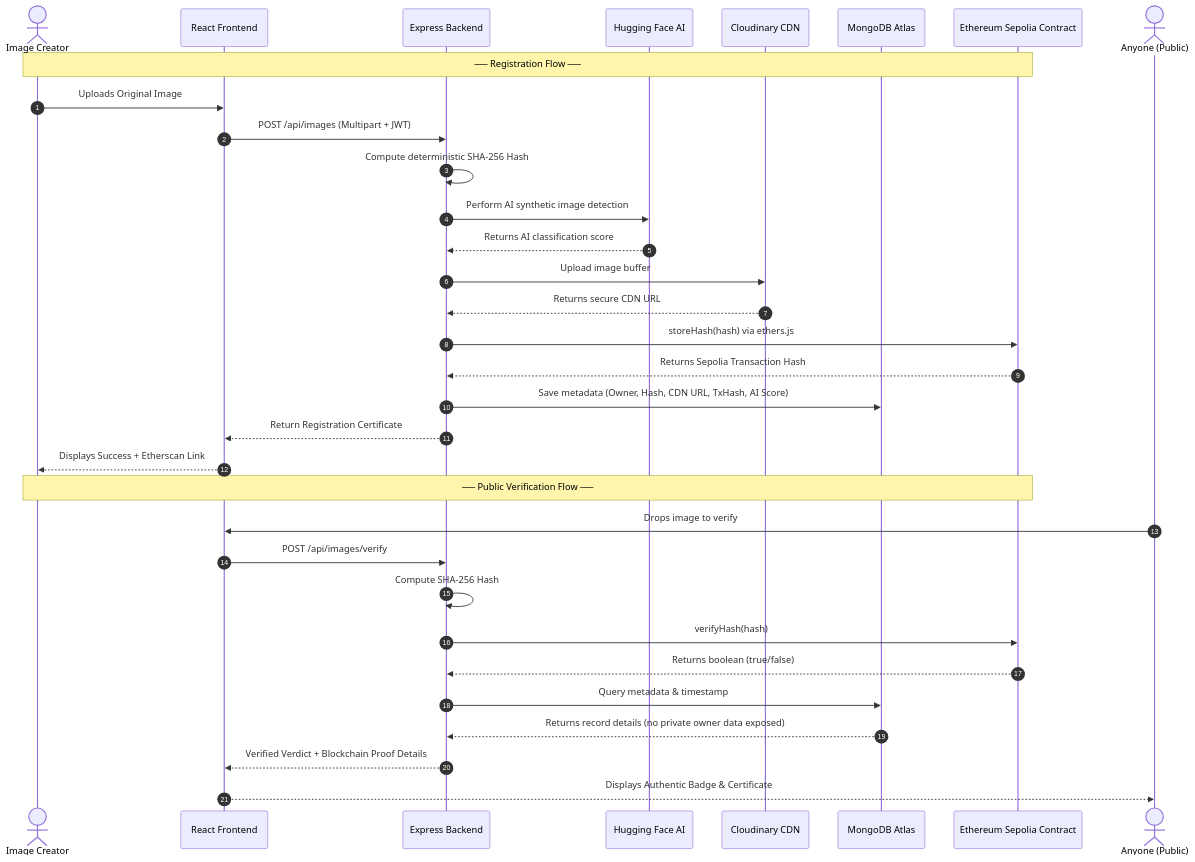
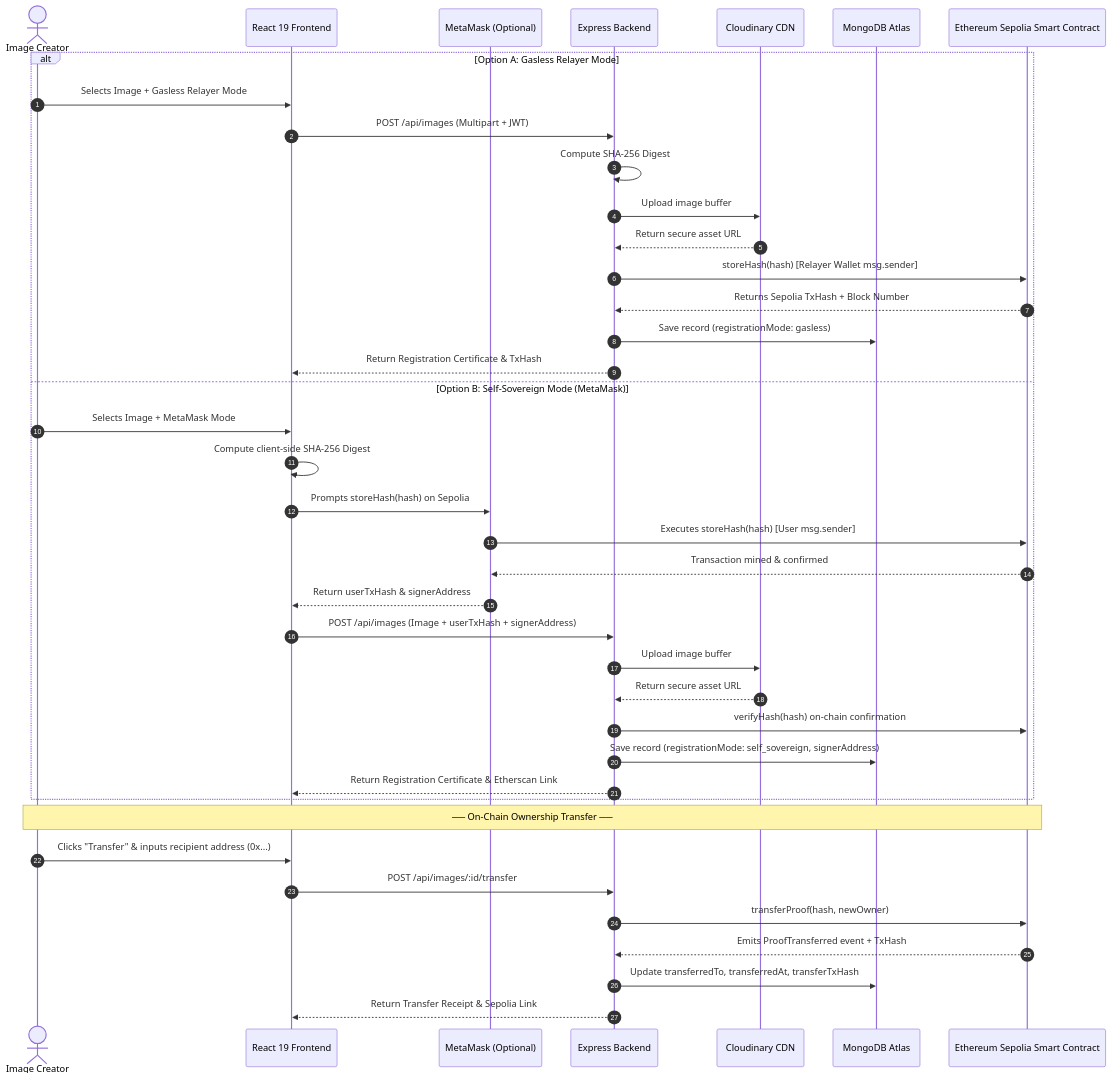
Before and after one commit to arpitraj1720/ProofMint: the diagram in README.md, drawn with Mermaid. The commit also changed other lines of this file and 29 other files, not shown here.

Commit message:
feat: dual web3 registration, on-chain ownership transfer, enterprise UI overhaul, and final presentation verification

````diff
--- a/README.md
+++ b/README.md
@@ -107,37 +98,44 @@
 ```mermaid
 sequenceDiagram
     autonumber
     actor Creator as Image Creator
-    participant UI as React Frontend
+    participant UI as React 19 Frontend
+    participant Wallet as MetaMask (Optional)
     participant API as Express Backend
-    participant AI as Hugging Face AI
     participant Cloud as Cloudinary CDN
     participant DB as MongoDB Atlas
-    participant Chain as Ethereum Sepolia Contract
+    participant Chain as Ethereum Sepolia Smart Contract
 
-    Note over Creator, Chain: ── Registration Flow ──
-    Creator->>UI: Uploads Original Image
-    UI->>API: POST /api/images (Multipart + JWT)
-    API->>API: Compute deterministic SHA-256 Hash
-    API->>AI: Perform AI synthetic image detection
-    AI-->>API: Returns AI classification score
-    API->>Cloud: Upload image buffer
-    Cloud-->>API: Returns secure CDN URL
-    API->>Chain: storeHash(hash) via ethers.js
-    Chain-->>API: Returns Sepolia Transaction Hash
-    API->>DB: Save metadata (Owner, Hash, CDN URL, TxHash, AI Score)
-    API-->>UI: Return Registration Certificate
-    UI-->>Creator: Displays Success + Etherscan Link
+    alt Option A: Gasless Relayer Mode
+        Creator->>UI: Selects Image + Gasless Relayer Mode
+        UI->>API: POST /api/images (Multipart + JWT)
+        API->>API: Compute SHA-256 Digest
+        API->>Cloud: Upload image buffer
+        Cloud-->>API: Return secure asset URL
+        API->>Chain: storeHash(hash) [Relayer Wallet msg.sender]
+        Chain-->>API: Returns Sepolia TxHash + Block Number
+        API->>DB: Save record (registrationMode: gasless)
+        API-->>UI: Return Registration Certificate & TxHash
+    else Option B: Self-Sovereign Mode (MetaMask)
+        Creator->>UI: Selects Image + MetaMask Mode
+        UI->>UI: Compute client-side SHA-256 Digest
+        UI->>Wallet: Prompts storeHash(hash) on Sepolia
+        Wallet->>Chain: Executes storeHash(hash) [User msg.sender]
+        Chain-->>Wallet: Transaction mined & confirmed
+        Wallet-->>UI: Return userTxHash & signerAddress
+        UI->>API: POST /api/images (Image + userTxHash + signerAddress)
+        API->>Cloud: Upload image buffer
+        Cloud-->>API: Return secure asset URL
+        API->>Chain: verifyHash(hash) on-chain confirmation
+        API->>DB: Save record (registrationMode: self_sovereign, signerAddress)
+        API-->>UI: Return Registration Certificate & Etherscan Link
+    end
 
-    Note over Creator, Chain: ── Public Verification Flow ──
-    actor Verifier as Anyone (Public)
-    Verifier->>UI: Drops image to verify
-    UI->>API: POST /api/images/verify
-    API->>API: Compute SHA-256 Hash
-    API->>Chain: verifyHash(hash)
-    Chain-->>API: Returns boolean (true/false)
-    API->>DB: Query metadata & timestamp
-    DB-->>API: Returns record details (no private owner data exposed)
-    API-->>UI: Verified Verdict + Blockchain Proof Details
-    UI-->>Verifier: Displays Authentic Badge & Certificate
+    Note over Creator, Chain: ── On-Chain Ownership Transfer ──
+    Creator->>UI: Clicks "Transfer" & inputs recipient address (0x...)
+    UI->>API: POST /api/images/:id/transfer
+    API->>Chain: transferProof(hash, newOwner)
+    Chain-->>API: Emits ProofTransferred event + TxHash
+    API->>DB: Update transferredTo, transferredAt, transferTxHash
+    API-->>UI: Return Transfer Receipt & Sepolia Link
 ```
````
